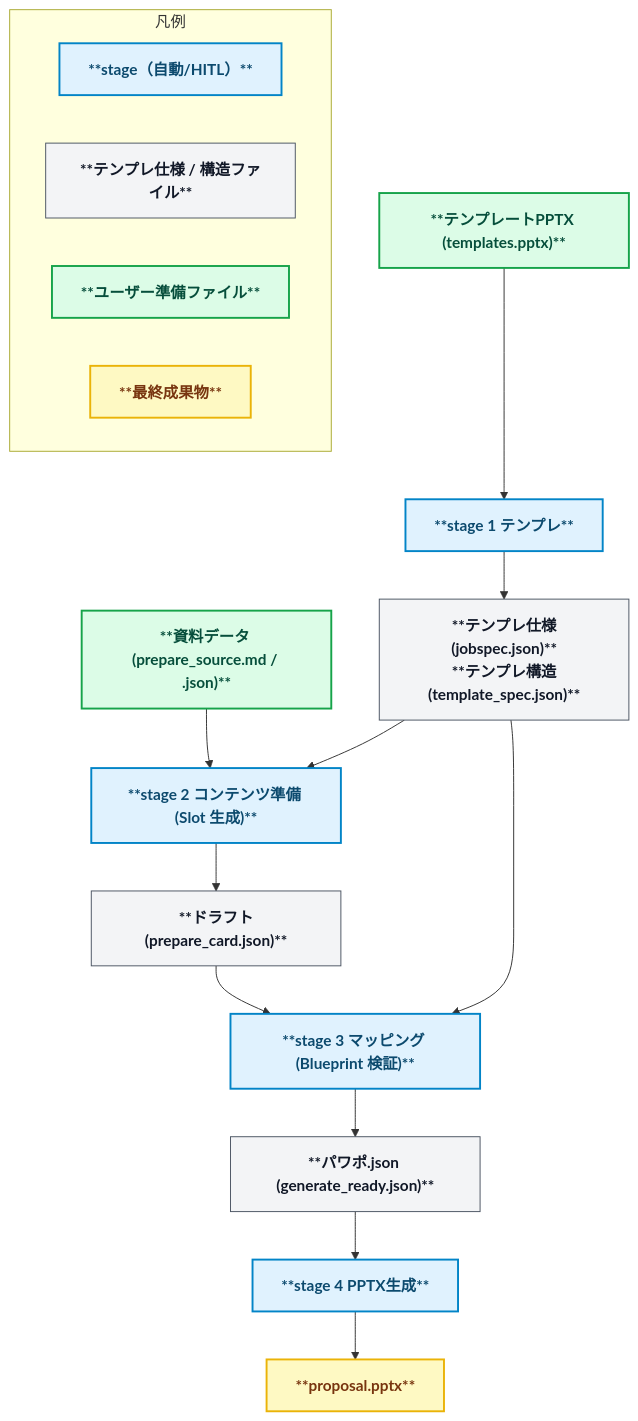
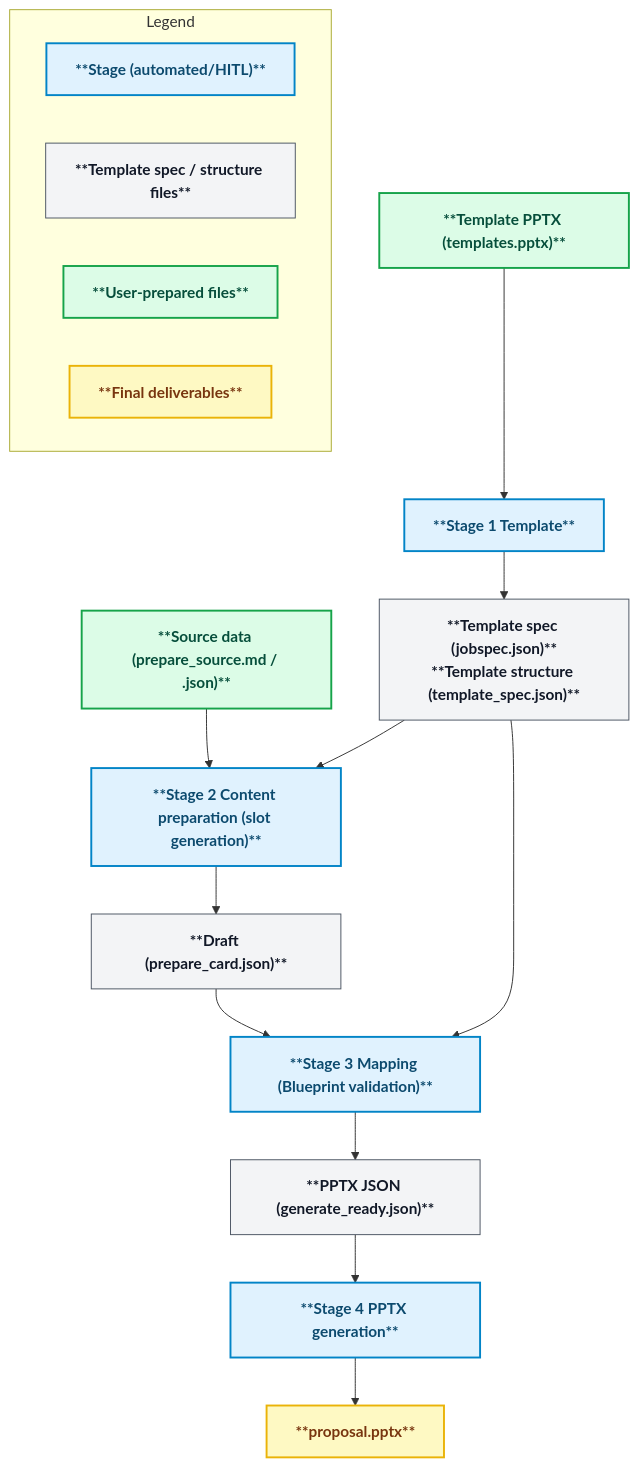
One commit to yurake/pptx_generator changed the second of 2 diagrams in README.en.md. Above: the diagram before and after it, drawn with Mermaid. The commit also changed other lines of this file and 1 other file, not shown here.

Commit message:
docs(readme): align translation structure for static hooks

````diff
--- a/README.en.md
+++ b/README.en.md
@@ -109,36 +111,36 @@
 ```mermaid
 flowchart TD
   %% ======= Styles =======
   classDef stage fill:#e0f2fe,stroke:#0284c7,stroke-width:2px,color:#0c4a6e,font-weight:bold;
   classDef file fill:#f3f4f6,stroke:#4b5563,stroke-width:1px,color:#111827,font-weight:bold;
   classDef userfile fill:#dcfce7,stroke:#16a34a,stroke-width:2px,color:#064e3b,font-weight:bold;
   classDef final fill:#fef9c3,stroke:#eab308,stroke-width:2px,color:#78350f,font-weight:bold;
 
   %% ======= Stage 1 =======
-  TmplStatic["**テンプレートPPTX (templates.pptx)**"]:::userfile --> S1Static["**stage 1 テンプレ**"]:::stage
-  S1Static --> SpecStatic["**テンプレ仕様(jobspec.json)**<br/>**テンプレ構造(template_spec.json)**"]:::file
+  TmplStatic["**Template PPTX (templates.pptx)**"]:::userfile --> S1Static["**Stage 1 Template**"]:::stage
+  S1Static --> SpecStatic["**Template spec (jobspec.json)**<br/>**Template structure (template_spec.json)**"]:::file
 
   %% ======= Stage 2 =======
-  PrepareStatic["**資料データ (prepare_source.md / .json)**"]:::userfile --> S2Static["**stage 2 コンテンツ準備 (Slot 生成)**"]:::stage
+  PrepareStatic["**Source data (prepare_source.md / .json)**"]:::userfile --> S2Static["**Stage 2 Content preparation (slot generation)**"]:::stage
   SpecStatic --> S2Static
-  S2Static --> PrepareCardsStatic["**ドラフト(prepare_card.json)**"]:::file
+  S2Static --> PrepareCardsStatic["**Draft (prepare_card.json)**"]:::file
   PrepareCardsStatic --> S3Static
 
   %% ======= Stage 3 =======
-  S3Static["**stage 3 マッピング (Blueprint 検証)**"]:::stage
+  S3Static["**Stage 3 Mapping (Blueprint validation)**"]:::stage
   SpecStatic --> S3Static
-  S3Static --> ReadyStatic["**パワポ.json (generate_ready.json)**"]:::file
+  S3Static --> ReadyStatic["**PPTX JSON (generate_ready.json)**"]:::file
 
   %% ======= Stage 4 =======
-  ReadyStatic --> S4Static["**stage 4 PPTX生成**"]:::stage
+  ReadyStatic --> S4Static["**Stage 4 PPTX generation**"]:::stage
   S4Static --> PPTXStatic["**proposal.pptx**"]:::final
 
   %% ======= Legend =======
-  subgraph LegendStatic[凡例]
+  subgraph LegendStatic[Legend]
     direction LR
-    B1["**stage（自動/HITL）**"]:::stage
-    B2["**テンプレ仕様 / 構造ファイル**"]:::file
-    B3["**ユーザー準備ファイル**"]:::userfile
-    B4["**最終成果物**"]:::final
+    B1["**Stage (automated/HITL)**"]:::stage
+    B2["**Template spec / structure files**"]:::file
+    B3["**User-prepared files**"]:::userfile
+    B4["**Final deliverables**"]:::final
   end
 ```
````
